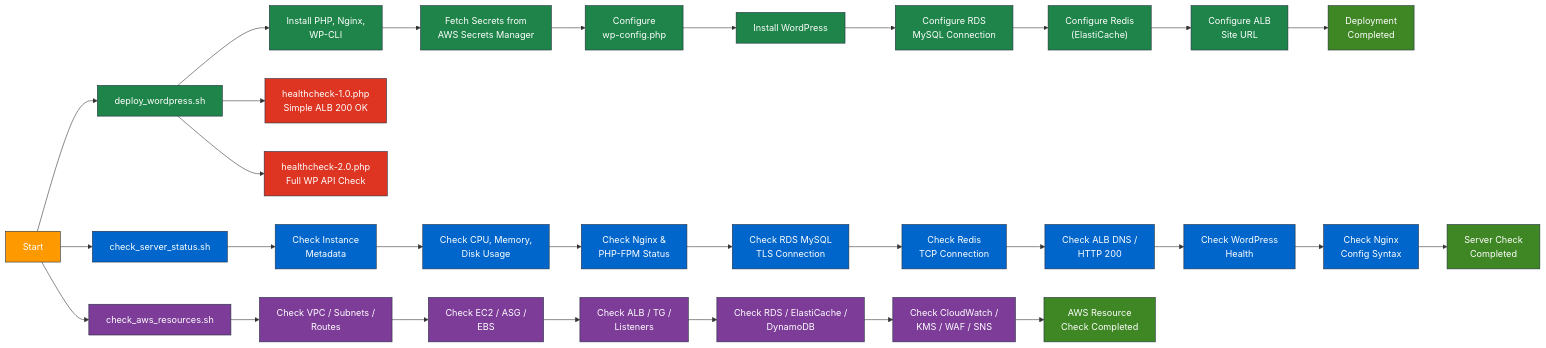
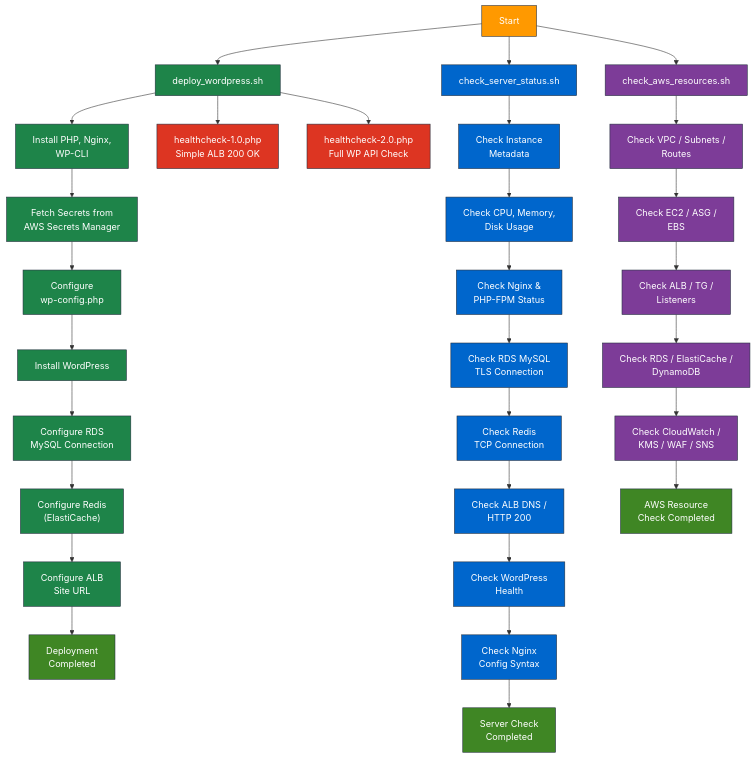
One commit to hetmanskyi-cloud/AWS changed the diagram in terraform/scripts/README.md. Above: the diagram before and after it, drawn with Mermaid.

````diff
--- a/terraform/scripts/README.md
+++ b/terraform/scripts/README.md
@@ -41,53 +41,53 @@
 ```mermaid
-graph LR
+graph TD
     %% Main Components
     A["Start"] --> B["deploy_wordpress.sh"]
     B --> B1["Install PHP, Nginx,<br>WP-CLI"]
     B1 --> B2["Fetch Secrets from<br>AWS Secrets Manager"]
     B2 --> B3["Configure<br>wp-config.php"]
     B3 --> B4["Install WordPress"]
     B4 --> B5["Configure RDS<br>MySQL Connection"]
     B5 --> B6["Configure Redis<br>(ElastiCache)"]
     B6 --> B7["Configure ALB<br>Site URL"]
     B7 --> C["Deployment<br>Completed"]
 
     %% Server Status Check Flow
     A --> D["check_server_status.sh"]
     D --> D1["Check Instance<br>Metadata"]
     D1 --> D2["Check CPU, Memory,<br>Disk Usage"]
     D2 --> D3["Check Nginx &<br>PHP-FPM Status"]
     D3 --> D4["Check RDS MySQL<br>TLS Connection"]
     D4 --> D5["Check Redis<br>TCP Connection"]
     D5 --> D6["Check ALB DNS /<br>HTTP 200"]
     D6 --> D7["Check WordPress<br>Health"]
     D7 --> D8["Check Nginx<br>Config Syntax"]
     D8 --> E["Server Check<br>Completed"]
 
     %% AWS Resources Check Flow
     A --> F["check_aws_resources.sh"]
     F --> F1["Check VPC / Subnets /<br>Routes"]
     F1 --> F2["Check EC2 / ASG /<br>EBS"]
     F2 --> F3["Check ALB / TG /<br>Listeners"]
     F3 --> F4["Check RDS / ElastiCache /<br>DynamoDB"]
     F4 --> F5["Check CloudWatch /<br>KMS / WAF / SNS"]
     F5 --> G["AWS Resource<br>Check Completed"]
 
     %% Healthcheck Files
     B --> H["healthcheck-1.0.php<br>Simple ALB 200 OK"]
     B --> I["healthcheck-2.0.php<br>Full WP API Check"]
 
     %% Styling
     classDef start fill:#FF9900,stroke:#232F3E,color:white
     classDef deploy fill:#1E8449,stroke:#232F3E,color:white
     classDef status fill:#0066CC,stroke:#232F3E,color:white
     classDef aws fill:#7D3C98,stroke:#232F3E,color:white
     classDef health fill:#DD3522,stroke:#232F3E,color:white
     classDef complete fill:#3F8624,stroke:#232F3E,color:white
     
     class A start
     class B,B1,B2,B3,B4,B5,B6,B7 deploy
     class D,D1,D2,D3,D4,D5,D6,D7,D8 status
     class F,F1,F2,F3,F4,F5 aws
     class H,I health
     class C,E,G complete
 ```
````
